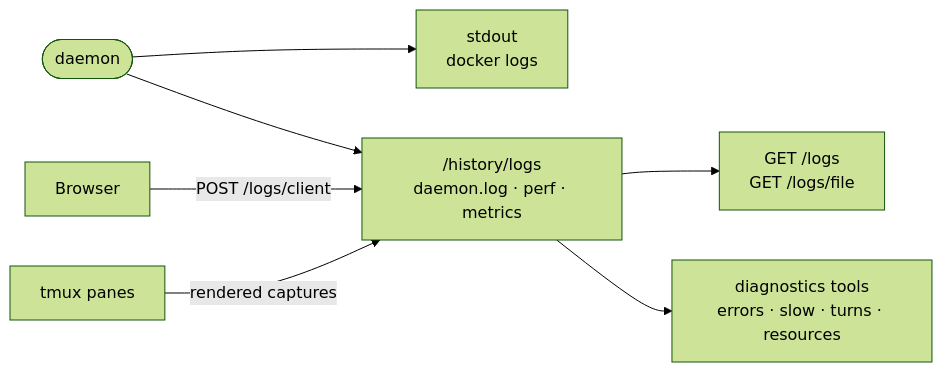
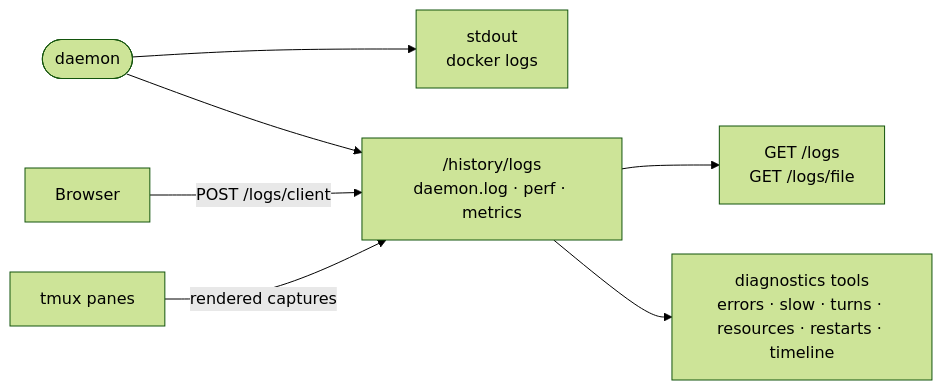
The diagram in _sandbox/sandbox/docs/debugging.md (intentic/intentic), drawn with Mermaid (forest theme) before and after one commit. The commit also changed other lines of this file and 287 other files, not shown here.

Commit message:
feat(sandbox): add mcp__diagnostics__timeline and expand agents show

````diff
--- a/_sandbox/sandbox/docs/debugging.md
+++ b/_sandbox/sandbox/docs/debugging.md
@@ -5,9 +5,9 @@
 ```mermaid
 flowchart LR
     daemon(["daemon"]) --> stdout["stdout<br/>docker logs"]
     daemon --> files["/history/logs<br/>daemon.log · perf · metrics"]
     browser["Browser"] -->|"POST /logs/client"| files
     tmux["tmux panes"] -->|"rendered captures"| files
     files --> routes["GET /logs<br/>GET /logs/file"]
-    files --> tools["diagnostics tools<br/>errors · slow · turns · resources"]
+    files --> tools["diagnostics tools<br/>errors · slow · turns · resources · restarts · timeline"]
 ```
````
